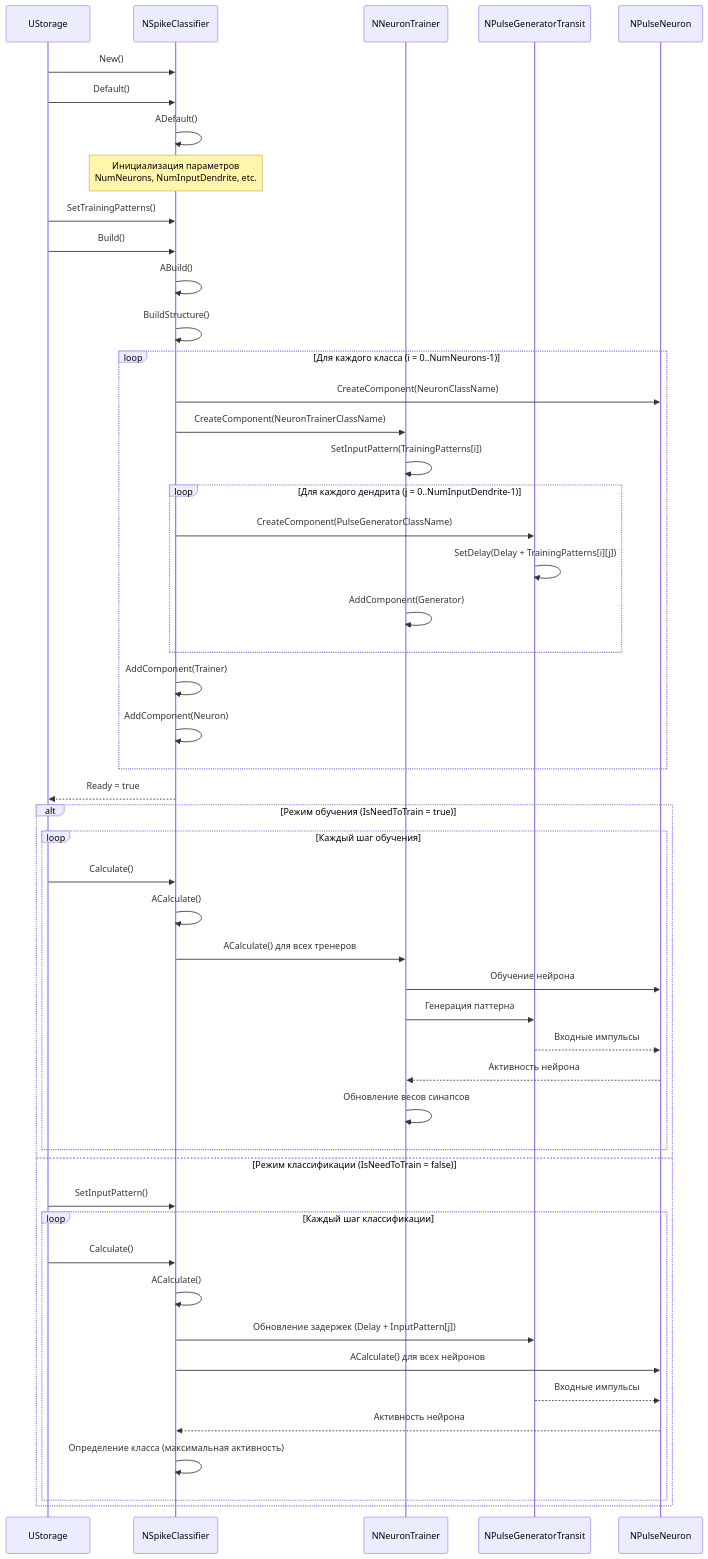
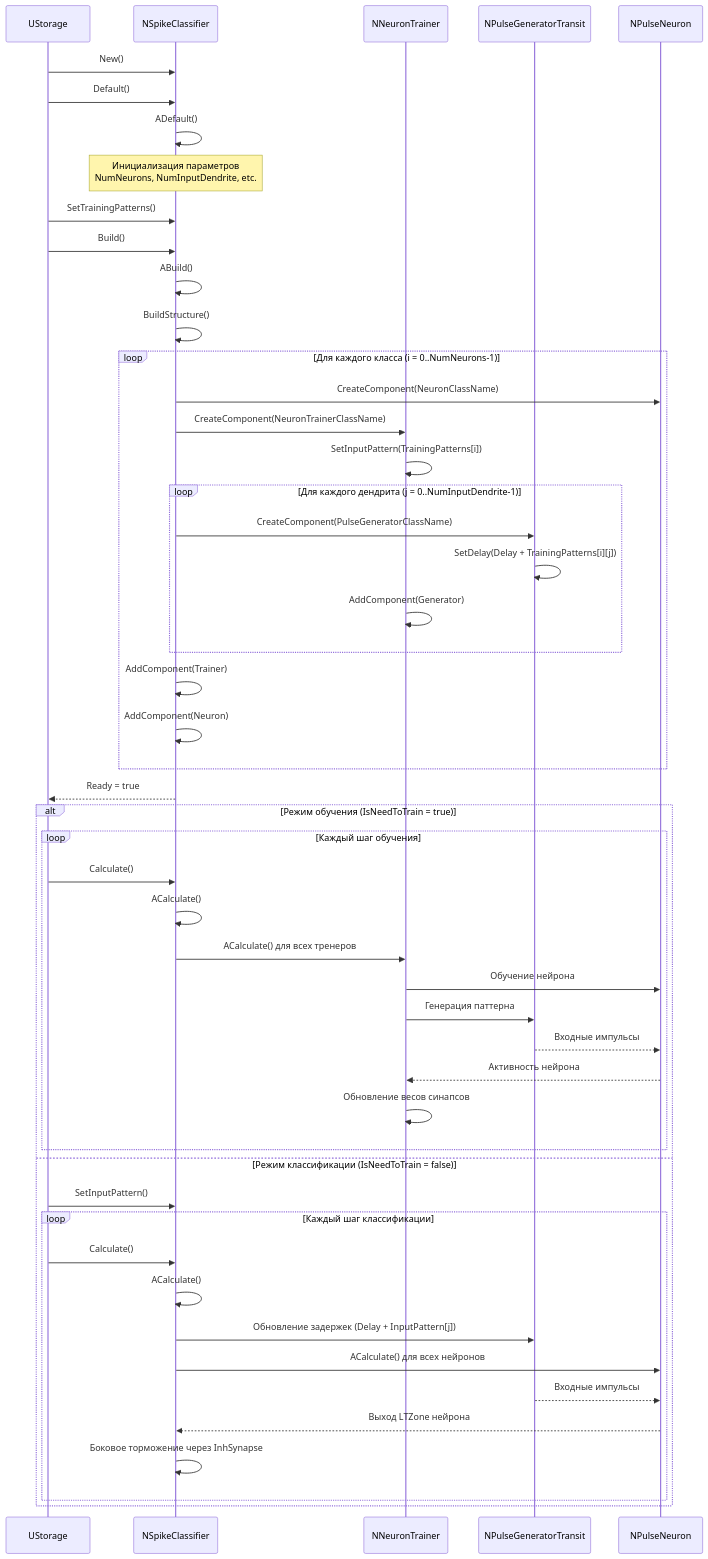
Before and after one commit to aicommunity/Nmsdk-PulseLib: the second of 10 diagrams in Docs/Components/NSpikeClassifier.md, drawn with Mermaid. The commit also changed other lines of this file and 1 other file, not shown here.

Commit message:
docs: clarify classifier response semantics

````diff
--- a/Docs/Components/NSpikeClassifier.md
+++ b/Docs/Components/NSpikeClassifier.md
@@ -56,58 +62,58 @@
 ```mermaid
 sequenceDiagram
     participant Storage as UStorage
     participant Classifier as NSpikeClassifier
     participant Trainer as NNeuronTrainer
     participant Generator as NPulseGeneratorTransit
     participant Neuron as NPulseNeuron
     
     Storage->>Classifier: New()
     Storage->>Classifier: Default()
     Classifier->>Classifier: ADefault()
     Note over Classifier: Инициализация параметров<br/>NumNeurons, NumInputDendrite, etc.
     Storage->>Classifier: SetTrainingPatterns()
     Storage->>Classifier: Build()
     Classifier->>Classifier: ABuild()
     Classifier->>Classifier: BuildStructure()
     
     loop Для каждого класса (i = 0..NumNeurons-1)
         Classifier->>Neuron: CreateComponent(NeuronClassName)
         Classifier->>Trainer: CreateComponent(NeuronTrainerClassName)
         Trainer->>Trainer: SetInputPattern(TrainingPatterns[i])
         
         loop Для каждого дендрита (j = 0..NumInputDendrite-1)
             Classifier->>Generator: CreateComponent(PulseGeneratorClassName)
             Generator->>Generator: SetDelay(Delay + TrainingPatterns[i][j])
             Trainer->>Trainer: AddComponent(Generator)
         end
         
         Classifier->>Classifier: AddComponent(Trainer)
         Classifier->>Classifier: AddComponent(Neuron)
     end
     
     Classifier-->>Storage: Ready = true
     
     alt Режим обучения (IsNeedToTrain = true)
         loop Каждый шаг обучения
             Storage->>Classifier: Calculate()
             Classifier->>Classifier: ACalculate()
             Classifier->>Trainer: ACalculate() для всех тренеров
             Trainer->>Neuron: Обучение нейрона
             Trainer->>Generator: Генерация паттерна
             Generator-->>Neuron: Входные импульсы
             Neuron-->>Trainer: Активность нейрона
             Trainer->>Trainer: Обновление весов синапсов
         end
     else Режим классификации (IsNeedToTrain = false)
         Storage->>Classifier: SetInputPattern()
         loop Каждый шаг классификации
             Storage->>Classifier: Calculate()
             Classifier->>Classifier: ACalculate()
             Classifier->>Generator: Обновление задержек (Delay + InputPattern[j])
             Classifier->>Neuron: ACalculate() для всех нейронов
             Generator-->>Neuron: Входные импульсы
-            Neuron-->>Classifier: Активность нейрона
-            Classifier->>Classifier: Определение класса (максимальная активность)
+            Neuron-->>Classifier: Выход LTZone нейрона
+            Classifier->>Classifier: Боковое торможение через InhSynapse
         end
     end
 ```
````
